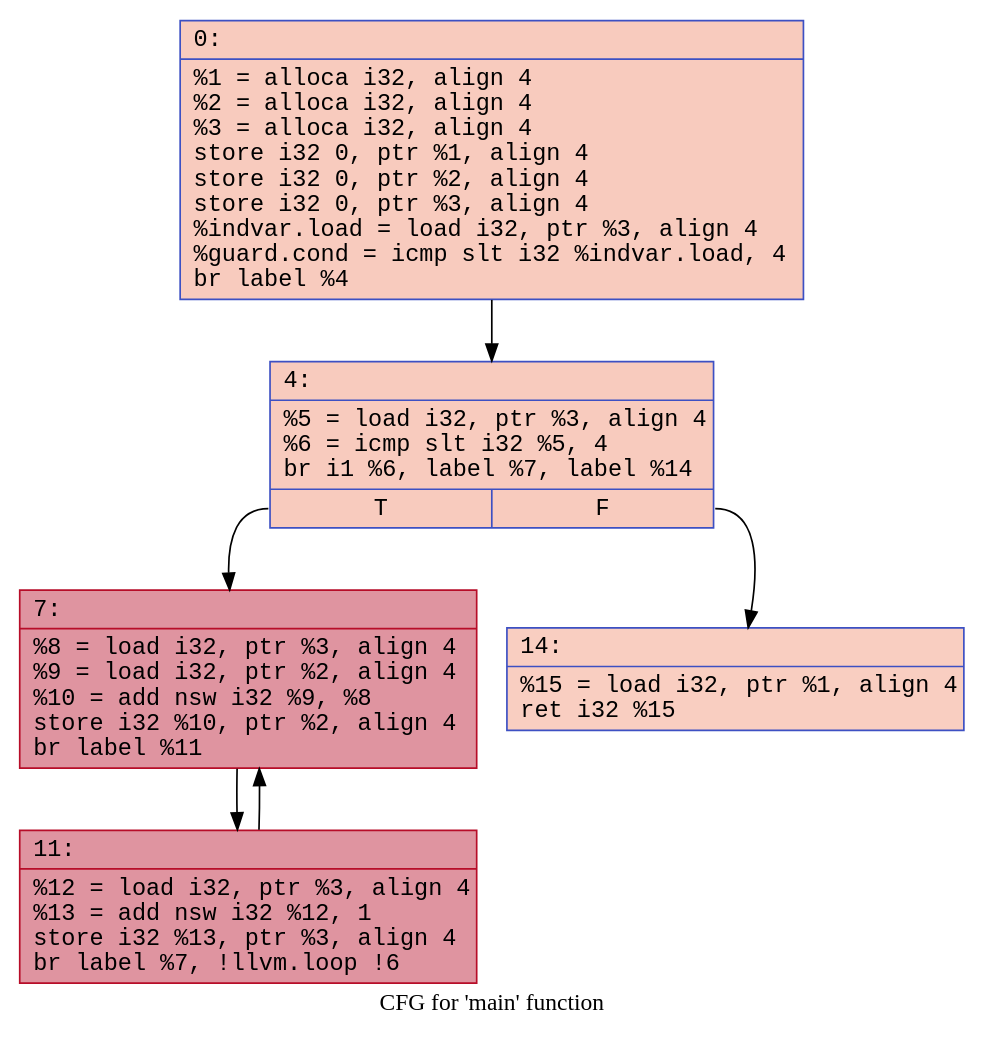
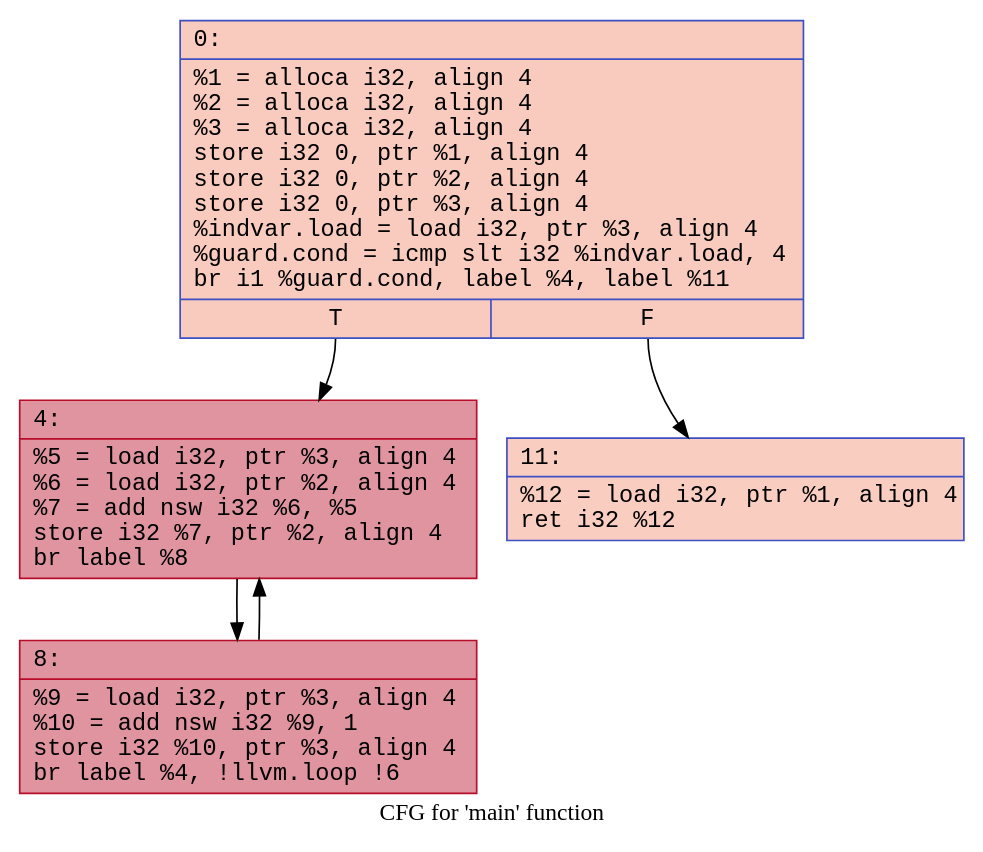
Before and after one commit to Jacky1998Hung/demo: the diagram in rotate2.dot, drawn with Graphviz.

```diff
--- a/rotate2.dot
+++ b/rotate2.dot
@@ -1,14 +1,12 @@
 digraph "CFG for 'main' function" {
 	label="CFG for 'main' function";
 
-	Node0x5d8cb750c280 [shape=record,color="#3d50c3ff", style=filled, fillcolor="#ef886b70" fontname="Courier",label="{0:\l|  %1 = alloca i32, align 4\l  %2 = alloca i32, align 4\l  %3 = alloca i32, align 4\l  store i32 0, ptr %1, align 4\l  store i32 0, ptr %2, align 4\l  store i32 0, ptr %3, align 4\l  %indvar.load = load i32, ptr %3, align 4\l  %guard.cond = icmp slt i32 %indvar.load, 4\l  br label %4\l}"];
-	Node0x5d8cb750c280 -> Node0x5d8cb750c3a0;
-	Node0x5d8cb750c3a0 [shape=record,color="#3d50c3ff", style=filled, fillcolor="#ef886b70" fontname="Courier",label="{4:\l|  %5 = load i32, ptr %3, align 4\l  %6 = icmp slt i32 %5, 4\l  br i1 %6, label %7, label %14\l|{<s0>T|<s1>F}}"];
-	Node0x5d8cb750c3a0:s0 -> Node0x5d8cb750eff0;
-	Node0x5d8cb750c3a0:s1 -> Node0x5d8cb750f050;
-	Node0x5d8cb750eff0 [shape=record,color="#b70d28ff", style=filled, fillcolor="#b70d2870" fontname="Courier",label="{7:\l|  %8 = load i32, ptr %3, align 4\l  %9 = load i32, ptr %2, align 4\l  %10 = add nsw i32 %9, %8\l  store i32 %10, ptr %2, align 4\l  br label %11\l}"];
-	Node0x5d8cb750eff0 -> Node0x5d8cb750f3d0;
-	Node0x5d8cb750f3d0 [shape=record,color="#b70d28ff", style=filled, fillcolor="#b70d2870" fontname="Courier",label="{11:\l|  %12 = load i32, ptr %3, align 4\l  %13 = add nsw i32 %12, 1\l  store i32 %13, ptr %3, align 4\l  br label %7, !llvm.loop !6\l}"];
-	Node0x5d8cb750f3d0 -> Node0x5d8cb750eff0;
-	Node0x5d8cb750f050 [shape=record,color="#3d50c3ff", style=filled, fillcolor="#f2907270" fontname="Courier",label="{14:\l|  %15 = load i32, ptr %1, align 4\l  ret i32 %15\l}"];
+	Node0x63c258f40200 [shape=record,color="#3d50c3ff", style=filled, fillcolor="#ef886b70" fontname="Courier",label="{0:\l|  %1 = alloca i32, align 4\l  %2 = alloca i32, align 4\l  %3 = alloca i32, align 4\l  store i32 0, ptr %1, align 4\l  store i32 0, ptr %2, align 4\l  store i32 0, ptr %3, align 4\l  %indvar.load = load i32, ptr %3, align 4\l  %guard.cond = icmp slt i32 %indvar.load, 4\l  br i1 %guard.cond, label %4, label %11\l|{<s0>T|<s1>F}}"];
+	Node0x63c258f40200:s0 -> Node0x63c258f40320;
+	Node0x63c258f40200:s1 -> Node0x63c258f42df0;
+	Node0x63c258f40320 [shape=record,color="#b70d28ff", style=filled, fillcolor="#b70d2870" fontname="Courier",label="{4:\l|  %5 = load i32, ptr %3, align 4\l  %6 = load i32, ptr %2, align 4\l  %7 = add nsw i32 %6, %5\l  store i32 %7, ptr %2, align 4\l  br label %8\l}"];
+	Node0x63c258f40320 -> Node0x63c258f43170;
+	Node0x63c258f43170 [shape=record,color="#b70d28ff", style=filled, fillcolor="#b70d2870" fontname="Courier",label="{8:\l|  %9 = load i32, ptr %3, align 4\l  %10 = add nsw i32 %9, 1\l  store i32 %10, ptr %3, align 4\l  br label %4, !llvm.loop !6\l}"];
+	Node0x63c258f43170 -> Node0x63c258f40320;
+	Node0x63c258f42df0 [shape=record,color="#3d50c3ff", style=filled, fillcolor="#f2907270" fontname="Courier",label="{11:\l|  %12 = load i32, ptr %1, align 4\l  ret i32 %12\l}"];
 }
```
